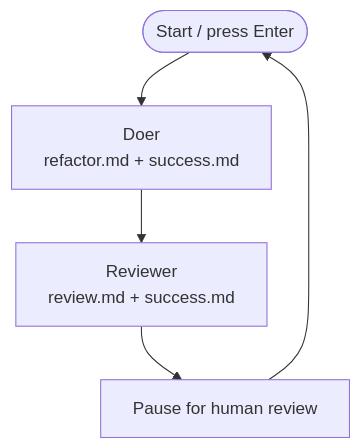
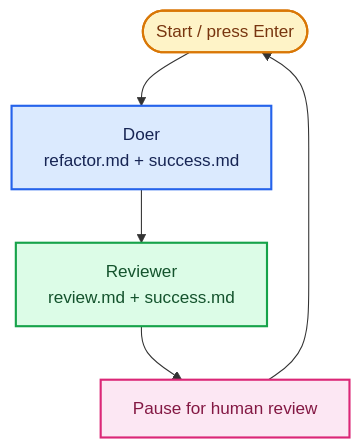
Before and after one commit to lean-software-production/software-factory-tutorial: the diagram in docs/specs/003-repeat-validation-loop.md, drawn with Mermaid. The commit also changed 4 other files, not shown here.

Commit message:
Improve validation loop diagrams

````diff
--- a/docs/specs/003-repeat-validation-loop.md
+++ b/docs/specs/003-repeat-validation-loop.md
@@ -15,7 +15,16 @@
 ```mermaid
 flowchart TD
     Start([Start / press Enter]) --> Doer[Doer\nrefactor.md + success.md]
     Doer --> Reviewer[Reviewer\nreview.md + success.md]
     Reviewer --> Pause[Pause for human review]
     Pause --> Start
+
+    classDef start fill:#fef3c7,stroke:#d97706,color:#78350f,stroke-width:2px
+    classDef doer fill:#dbeafe,stroke:#2563eb,color:#172554,stroke-width:2px
+    classDef reviewer fill:#dcfce7,stroke:#16a34a,color:#14532d,stroke-width:2px
+    classDef pause fill:#fce7f3,stroke:#db2777,color:#831843,stroke-width:2px
+    class Start start
+    class Doer doer
+    class Reviewer reviewer
+    class Pause pause
 ```
````
